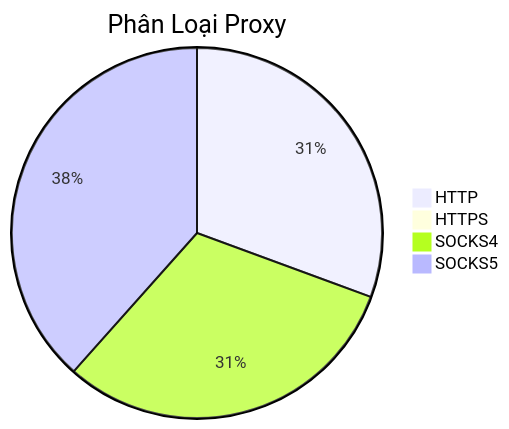
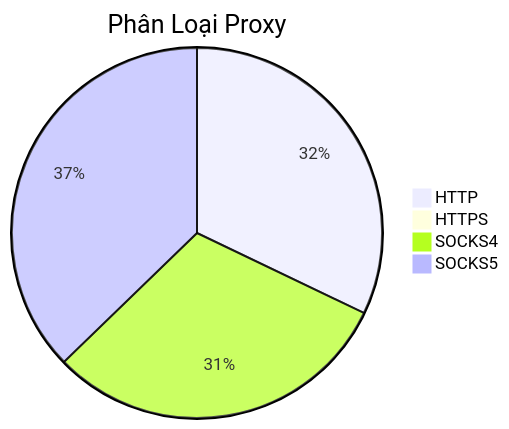
The diagram in README.md (Ciara-12/PROXY-free), drawn with Mermaid before and after one commit. The commit also changed other lines of this file and 4 other files, not shown here.

````diff
--- a/README.md
+++ b/README.md
@@ -26,7 +26,7 @@
 ```mermaid
 pie title Phân Loại Proxy
-    "HTTP" : 337
+    "HTTP" : 306
     "HTTPS" : 1
-    "SOCKS4" : 341
-    "SOCKS5" : 423
+    "SOCKS4" : 292
+    "SOCKS5" : 355
 ```
````
